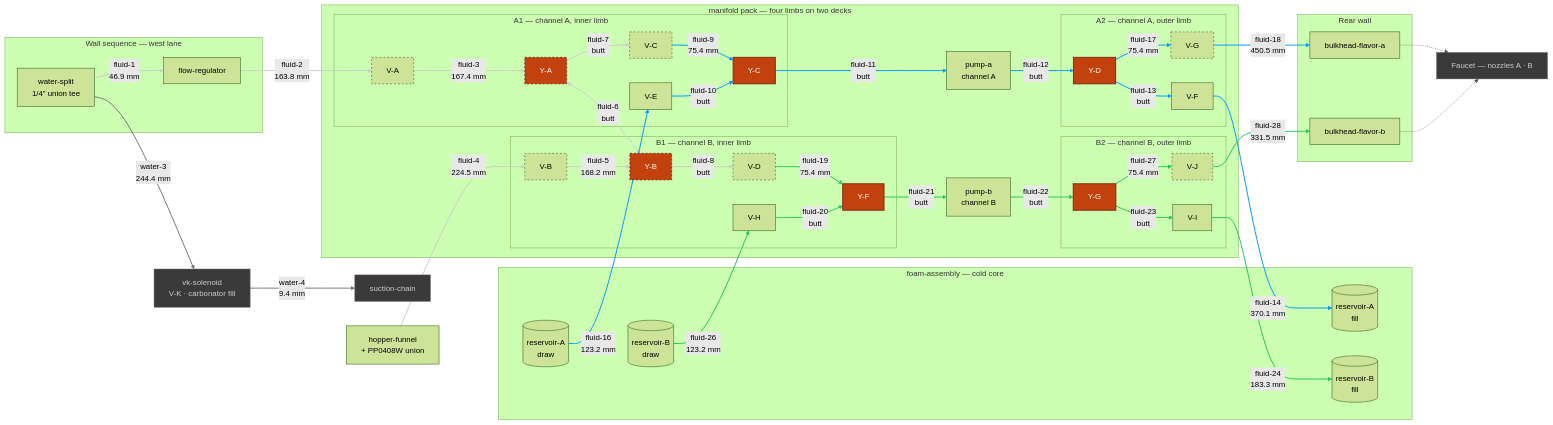
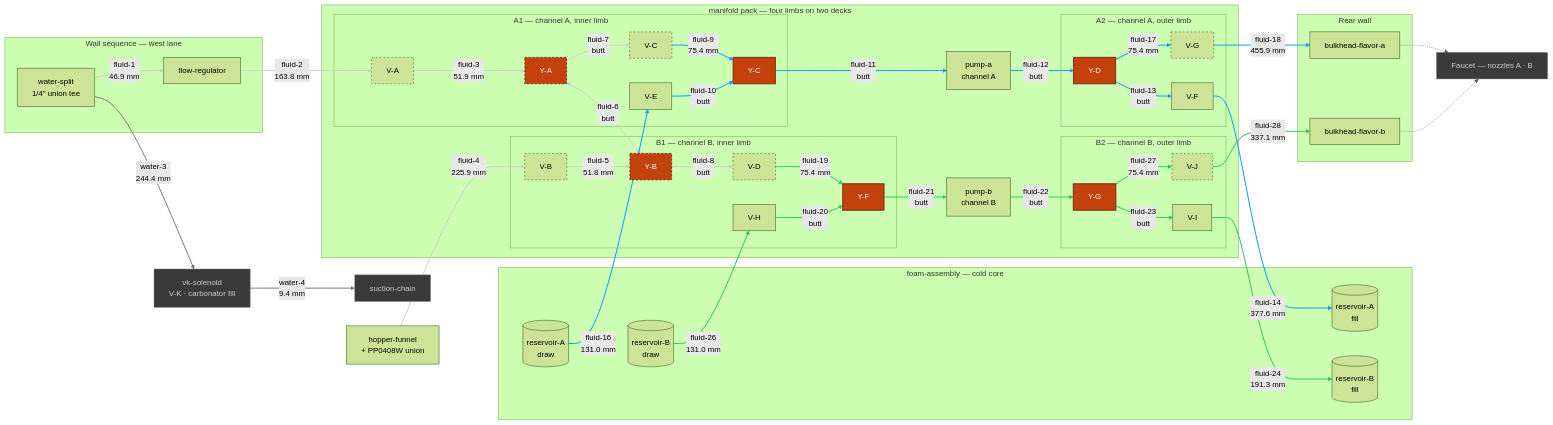
Before and after one commit to derekbreden/homesodamachine: the diagram in hardware/topology/fluid-topology-manifold.mmd, drawn with Mermaid (forest theme). The commit also changed 12 other files, not shown here.

```diff
--- a/hardware/topology/fluid-topology-manifold.mmd
+++ b/hardware/topology/fluid-topology-manifold.mmd
@@ -14,8 +14,8 @@
   %% [26](SEGMENT_COUNT) flavor segments. [11](BUTT_COUNT) are collet butted to collet and carry
   %% no tube at all; [9](DRAWN_COUNT) are swept runs between placed bodies; the rest are the
   %% hinge's four hairpins and the source pair's two quarter-and-step turns. What is cut comes to
-  %% [2654.2 mm](FLUID_TOTAL) of 1/4" LLDPE over [49](FLUID_BENDS) corners, and the longest is
-  %% [fluid-18](LONGEST_ID) at [450.5 mm](LONGEST_LEN). [0](OPEN_COUNT) are mouths with nothing
+  %% [2465.7 mm](FLUID_TOTAL) of 1/4" LLDPE over [49](FLUID_BENDS) corners, and the longest is
+  %% [fluid-18](LONGEST_ID) at [455.9 mm](LONGEST_LEN). [0](OPEN_COUNT) are mouths with nothing
   %% on the far end of them: EVERY FLAVOR SEGMENT IN THIS CHART IS MADE. The hopper's gravity
   %% drain is drawn like the rest — the funnel is seated in the box rather than placed in the
   %% pack, so `fluid-4` is authored after the box exists, off the same frames.
@@ -119,9 +119,9 @@
   %% the run and 14 mm across it, toward the cold core's crown.
   Split -->|"fluid-1<br/>46.9 mm"| FlowReg
   FlowReg -->|"fluid-2<br/>163.8 mm"| VA
-  VA -->|"fluid-3<br/>167.4 mm"| YA
-  Hopper -->|"fluid-4<br/>224.5 mm"| VB
-  VB -->|"fluid-5<br/>168.2 mm"| YB
+  VA -->|"fluid-3<br/>51.9 mm"| YA
+  Hopper -->|"fluid-4<br/>225.9 mm"| VB
+  VB -->|"fluid-5<br/>51.8 mm"| YB
   YA <-->|"fluid-6<br/>butt"| YB
   YA -->|"fluid-7<br/>butt"| VC
   YB -->|"fluid-8<br/>butt"| VD
@@ -138,10 +138,10 @@
   YC -->|"fluid-11<br/>butt"| PA
   PA -->|"fluid-12<br/>butt"| YD
   YD -->|"fluid-13<br/>butt"| VF
-  VF -->|"fluid-14<br/>370.1 mm"| ResAFill
-  ResA -->|"fluid-16<br/>123.2 mm"| VE
+  VF -->|"fluid-14<br/>377.6 mm"| ResAFill
+  ResA -->|"fluid-16<br/>131.0 mm"| VE
   YD -->|"fluid-17<br/>75.4 mm"| VG
-  VG -->|"fluid-18<br/>450.5 mm"| BhA
+  VG -->|"fluid-18<br/>455.9 mm"| BhA
 
   %% =========================
   %% Channel B — fluid-19 … fluid-28
@@ -154,10 +154,10 @@
   YF -->|"fluid-21<br/>butt"| PB
   PB -->|"fluid-22<br/>butt"| YG
   YG -->|"fluid-23<br/>butt"| VI
-  VI -->|"fluid-24<br/>183.3 mm"| ResBFill
-  ResB -->|"fluid-26<br/>123.2 mm"| VH
+  VI -->|"fluid-24<br/>191.3 mm"| ResBFill
+  ResB -->|"fluid-26<br/>131.0 mm"| VH
   YG -->|"fluid-27<br/>75.4 mm"| VJ
-  VJ -->|"fluid-28<br/>331.5 mm"| BhB
+  VJ -->|"fluid-28<br/>337.1 mm"| BhB
 
   %% =========================
   %% V-K's own two runs — the carbonator circuit, through this bay
```
